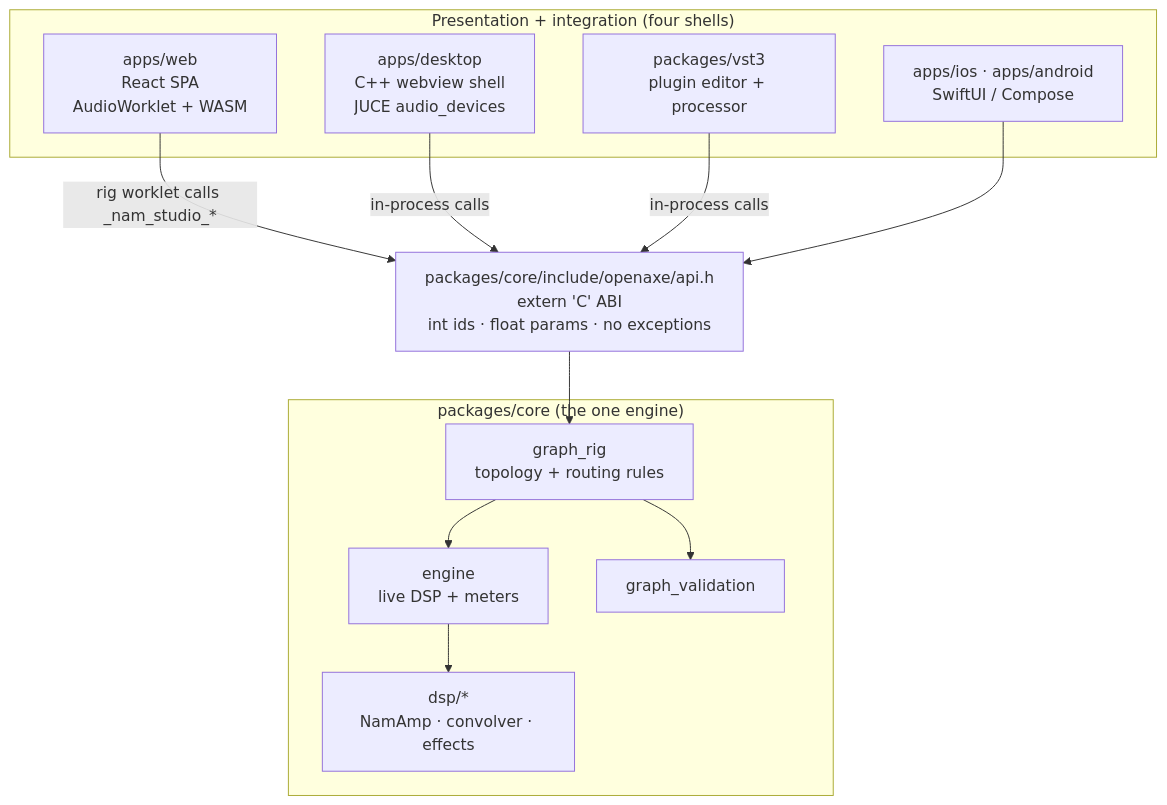
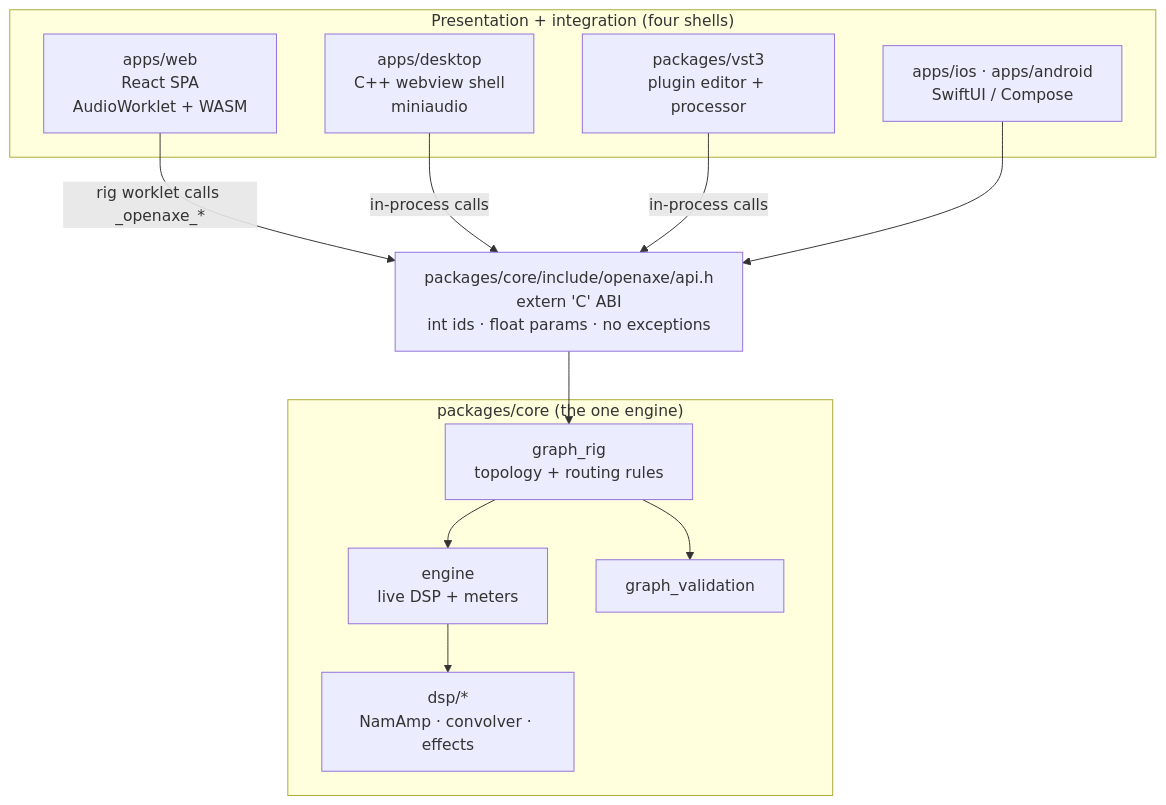
One commit to pauloedspinho20/OpenAxe changed the first of 4 diagrams in ARCHITECTURE.md. Above: the diagram before and after it, drawn with Mermaid. The commit also changed other lines of this file and 328 other files, not shown here.

````diff
--- a/ARCHITECTURE.md
+++ b/ARCHITECTURE.md
@@ -248,25 +248,25 @@
 ```mermaid
 flowchart TB
     subgraph shells["Presentation + integration (four shells)"]
         WEB["apps/web<br/>React SPA<br/>AudioWorklet + WASM"]
-        DESK["apps/desktop<br/>C++ webview shell<br/>JUCE audio_devices"]
+        DESK["apps/desktop<br/>C++ webview shell<br/>miniaudio"]
         VST["packages/vst3<br/>plugin editor + processor"]
         MOBILE["apps/ios · apps/android<br/>SwiftUI / Compose"]
     end
 
     ABI["packages/core/include/openaxe/api.h<br/>extern 'C' ABI<br/>int ids · float params · no exceptions"]
 
     subgraph core["packages/core (the one engine)"]
         GR["graph_rig<br/>topology + routing rules"]
         ENG["engine<br/>live DSP + meters"]
         DSP["dsp/*<br/>NamAmp · convolver · effects"]
         VAL["graph_validation"]
     end
 
-    WEB -- "rig worklet calls _nam_studio_*" --> ABI
+    WEB -- "rig worklet calls _openaxe_*" --> ABI
     DESK -- "in-process calls" --> ABI
     VST -- "in-process calls" --> ABI
     MOBILE --> ABI
     ABI --> GR --> ENG --> DSP
     GR --> VAL
 ```
````
